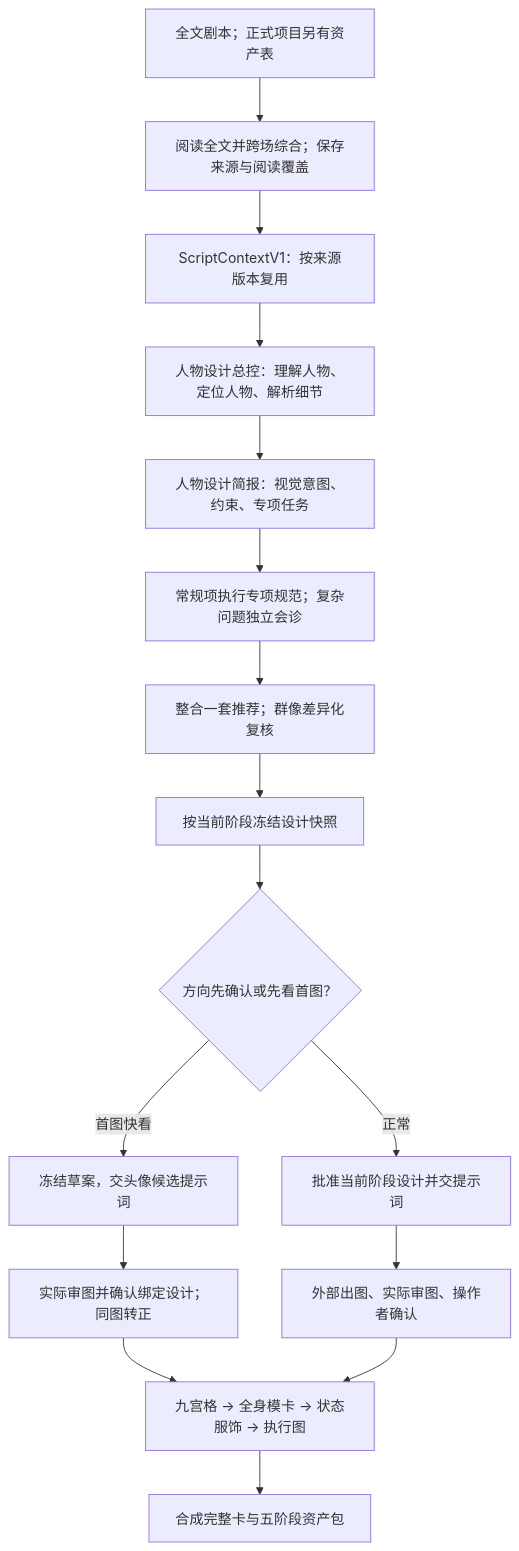
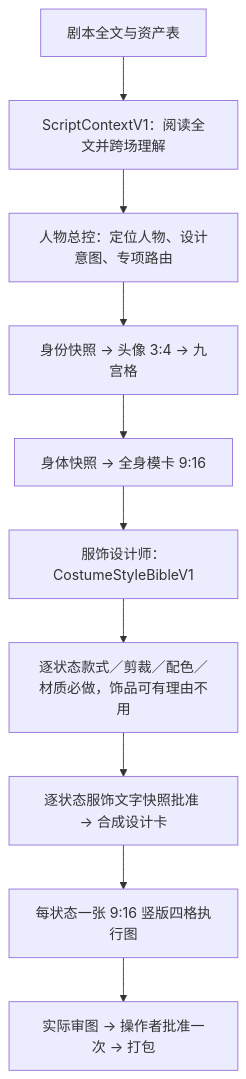
The first of 3 diagrams in README.md (kaibaoxiang-studio/ZiChan), drawn with Mermaid before and after one commit. The commit also changed other lines of this file and 70 other files, not shown here.

````diff
--- a/README.md
+++ b/README.md
@@ -35,18 +35,12 @@
 ```mermaid
 flowchart TD
-    A["全文剧本；正式项目另有资产表"] --> B["阅读全文并跨场综合；保存来源与阅读覆盖"]
-    B --> C["ScriptContextV1：按来源版本复用"]
-    C --> D["人物设计总控：理解人物、定位人物、解析细节"]
-    D --> E["人物设计简报：视觉意图、约束、专项任务"]
-    E --> F["常规项执行专项规范；复杂问题独立会诊"]
-    F --> G["整合一套推荐；群像差异化复核"]
-    G --> H["按当前阶段冻结设计快照"]
-    H --> I{"方向先确认或先看首图？"}
-    I -- 正常 --> J["批准当前阶段设计并交提示词"]
-    I -- 首图快看 --> K["冻结草案，交头像候选提示词"]
-    J --> L["外部出图、实际审图、操作者确认"]
-    K --> M["实际审图并确认绑定设计；同图转正"]
-    M --> N["九宫格 → 全身模卡 → 状态服饰 → 执行图"]
-    L --> N
-    N --> O["合成完整卡与五阶段资产包"]
+    A["剧本全文与资产表"] --> B["ScriptContextV1：阅读全文并跨场理解"]
+    B --> C["人物总控：定位人物、设计意图、专项路由"]
+    C --> D["身份快照 → 头像 3:4 → 九宫格"]
+    D --> E["身体快照 → 全身模卡 9:16"]
+    E --> F["服饰设计师：CostumeStyleBibleV1"]
+    F --> G["逐状态款式／剪裁／配色／材质必做，饰品可有理由不用"]
+    G --> H["逐状态服饰文字快照批准 → 合成设计卡"]
+    H --> I["每状态一张 9:16 竖版四格执行图"]
+    I --> J["实际审图 → 操作者批准一次 → 打包"]
 ```
````
